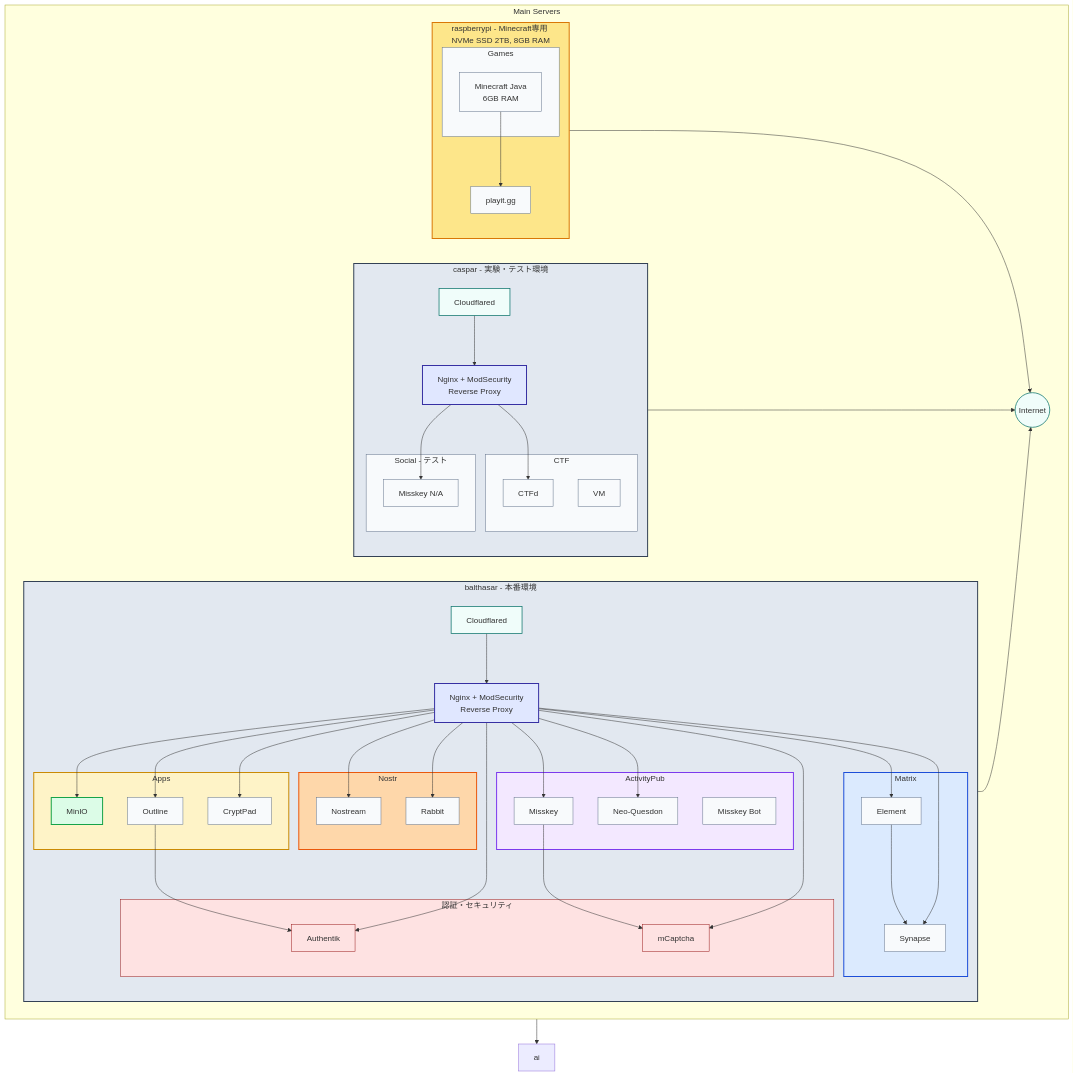
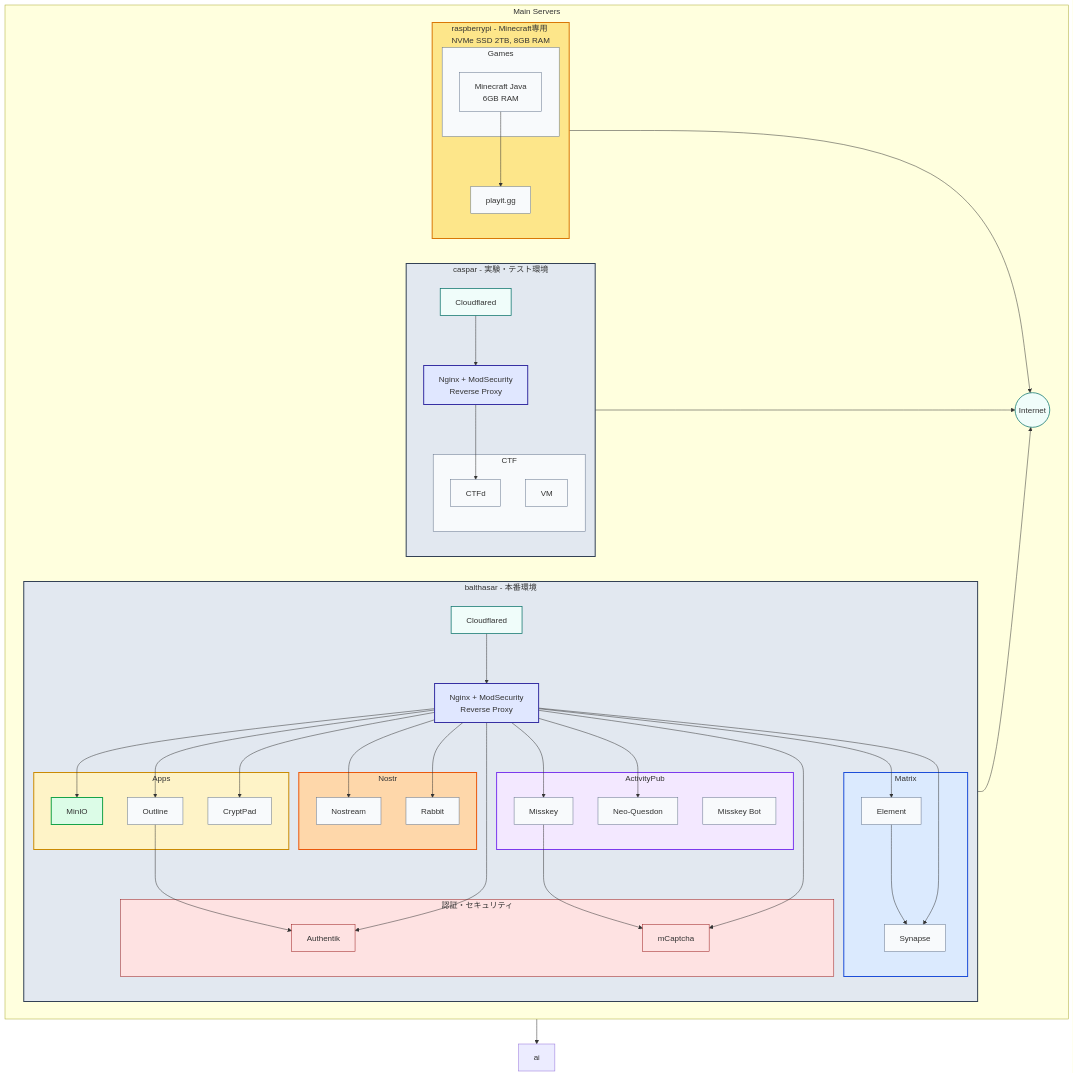
Before and after one commit to yamisskey-dev/yamisskey-host: the first of 7 diagrams in README.md, drawn with Mermaid.

Commit message:
chore: na.yami.ski（なやみすきー）テストサーバーへのすべての参照が図から削除

```diff
--- a/README.md
+++ b/README.md
@@ -65,9 +65,6 @@
                 vm[VM]:::service
             end
             
-            subgraph social_c[Social - テスト]
-                nayamisskey[Misskey N/A]:::service
-            end
         end
         
         subgraph raspberrypi[raspberrypi - Minecraft専用<br/>NVMe SSD 2TB, 8GB RAM]
@@ -111,7 +108,6 @@
     nginx_b --> mcaptcha
     
     %% Nginx to services - caspar
-    nginx_c --> nayamisskey
     nginx_c --> ctfd
     
     %% External connections
@@ -126,7 +122,7 @@
     class nostr nostrStyle
     class matrix matrixStyle
     class apps appsStyle
-    class games,CTF,social_c service
+    class games,CTF service
     class auth_services security
     class cloudflared_b,cloudflared_c cloudflare
     class nginx_b,nginx_c proxy
```
